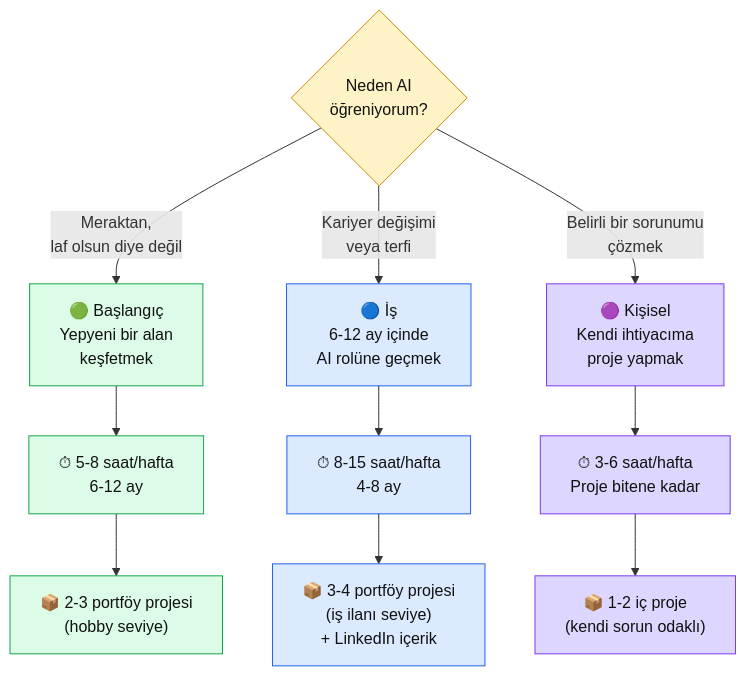
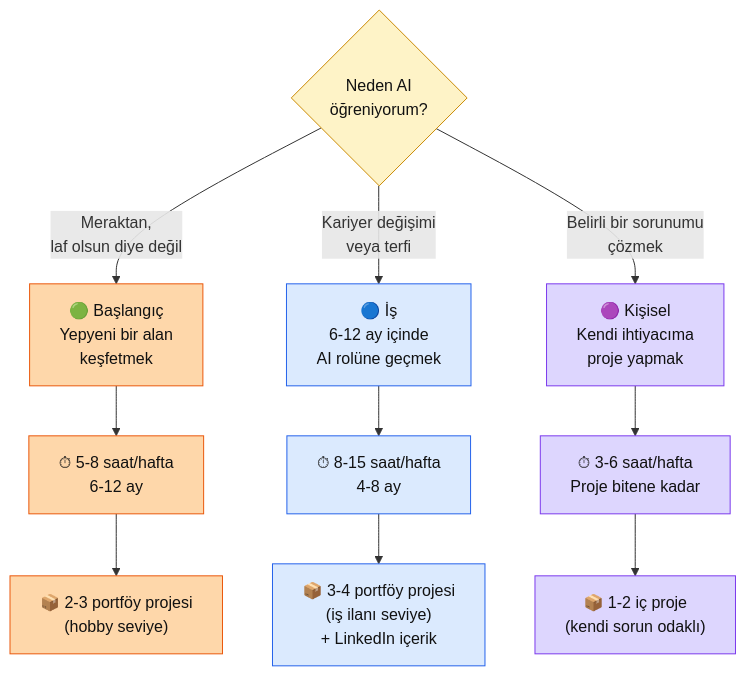
One commit to KemalG-u/muhendisal-platform changed the diagram in docs/bolum-1/04-yol-secimi.md. Above: the diagram before and after it, drawn with Mermaid. The commit also changed other lines of this file and 4 other files, not shown here.

````diff
--- a/docs/bolum-1/04-yol-secimi.md
+++ b/docs/bolum-1/04-yol-secimi.md
@@ -30,28 +31,28 @@
 ```mermaid
 flowchart TB
     Q{"Neden AI\nöğreniyorum?"}
     P1["🟢 Başlangıç\nYepyeni bir alan\nkeşfetmek"]
     P2["🔵 İş\n6-12 ay içinde\nAI rolüne geçmek"]
     P3["🟣 Kişisel\nKendi ihtiyacıma\nproje yapmak"]
 
     Q -->|"Meraktan,\nlaf olsun diye değil"| P1
     Q -->|"Kariyer değişimi\nveya terfi"| P2
     Q -->|"Belirli bir sorunumu\nçözmek"| P3
 
     P1 --> T1["⏱ 5-8 saat/hafta\n6-12 ay"]
     P2 --> T2["⏱ 8-15 saat/hafta\n4-8 ay"]
     P3 --> T3["⏱ 3-6 saat/hafta\nProje bitene kadar"]
 
     T1 --> O1["📦 2-3 portföy projesi\n(hobby seviye)"]
     T2 --> O2["📦 3-4 portföy projesi\n(iş ilanı seviye)\n+ LinkedIn içerik"]
     T3 --> O3["📦 1-2 iç proje\n(kendi sorun odaklı)"]
 
     classDef q fill:#fef3c7,stroke:#ca8a04,color:#111
-    classDef p1 fill:#dcfce7,stroke:#16a34a,color:#111
+    classDef p1 fill:#fed7aa,stroke:#ea580c,color:#111
     classDef p2 fill:#dbeafe,stroke:#2563eb,color:#111
     classDef p3 fill:#ddd6fe,stroke:#7c3aed,color:#111
     class Q q
     class P1,T1,O1 p1
     class P2,T2,O2 p2
     class P3,T3,O3 p3
 ```
````
